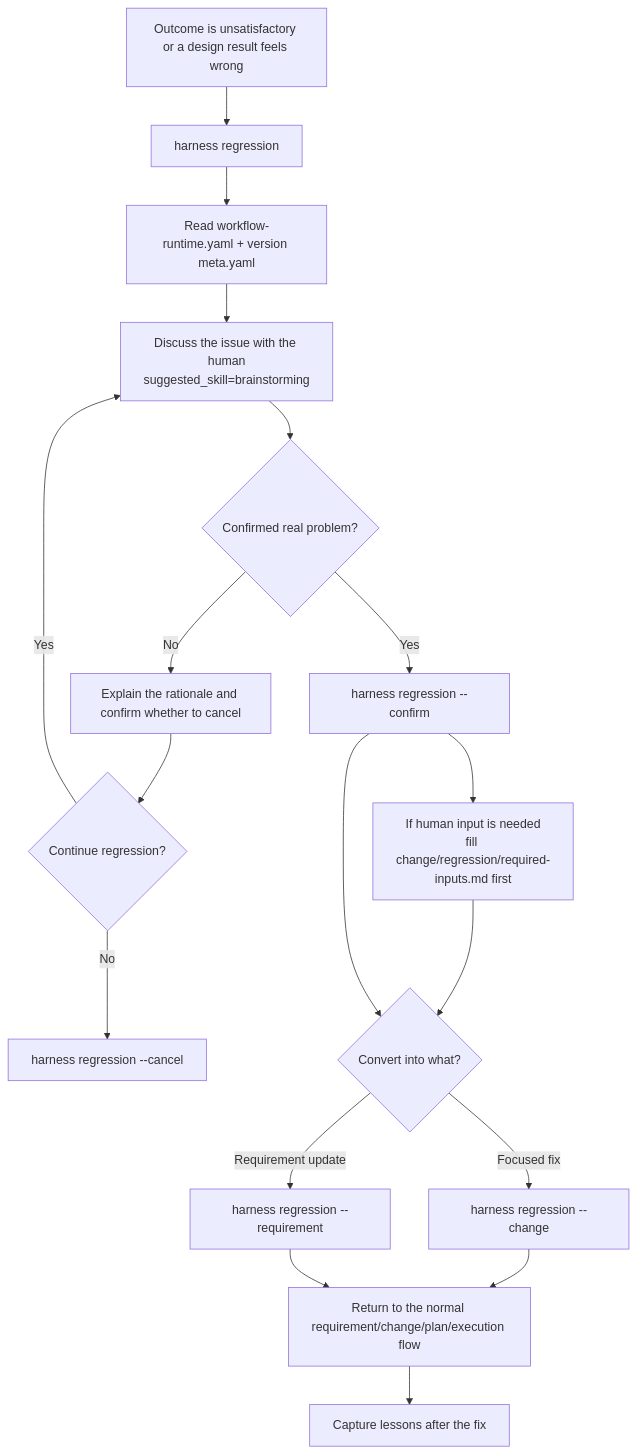
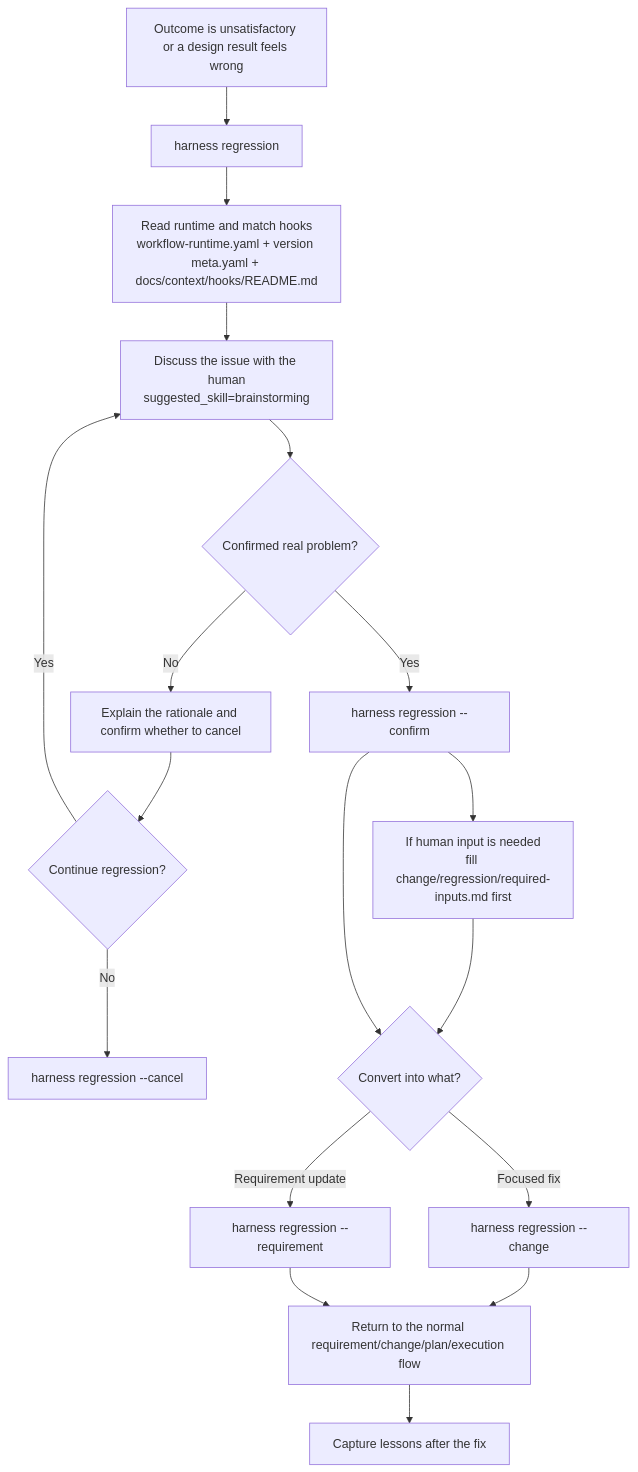
One commit to togally/harness-workflow changed the fourth of 4 diagrams in README.md. Above: the diagram before and after it, drawn with Mermaid. The commit also changed other lines of this file and 17 other files, not shown here.

Commit message:
Restructure workflow hooks by invocation timing

````diff
--- a/README.md
+++ b/README.md
@@ -642,20 +667,20 @@
 ```mermaid
 flowchart TD
     A["Outcome is unsatisfactory or a design result feels wrong"] --> B["harness regression <issue>"]
-    B --> C["Read workflow-runtime.yaml + version meta.yaml"]
+    B --> C["Read runtime and match hooks<br/>workflow-runtime.yaml + version meta.yaml + docs/context/hooks/README.md"]
     C --> D["Discuss the issue with the human<br/>suggested_skill=brainstorming"]
     D --> E{"Confirmed real problem?"}
     E -->|No| F["Explain the rationale and confirm whether to cancel"]
     F --> G{"Continue regression?"}
     G -->|No| H["harness regression --cancel"]
     G -->|Yes| D
     E -->|Yes| I["harness regression --confirm"]
     I --> I2["If human input is needed<br/>fill change/regression/required-inputs.md first"]
     I2 --> J
     I --> J{"Convert into what?"}
     J -->|Focused fix| K["harness regression --change"]
     J -->|Requirement update| L["harness regression --requirement"]
     K --> M["Return to the normal requirement/change/plan/execution flow"]
     L --> M
     M --> N["Capture lessons after the fix"]
 ```
````
